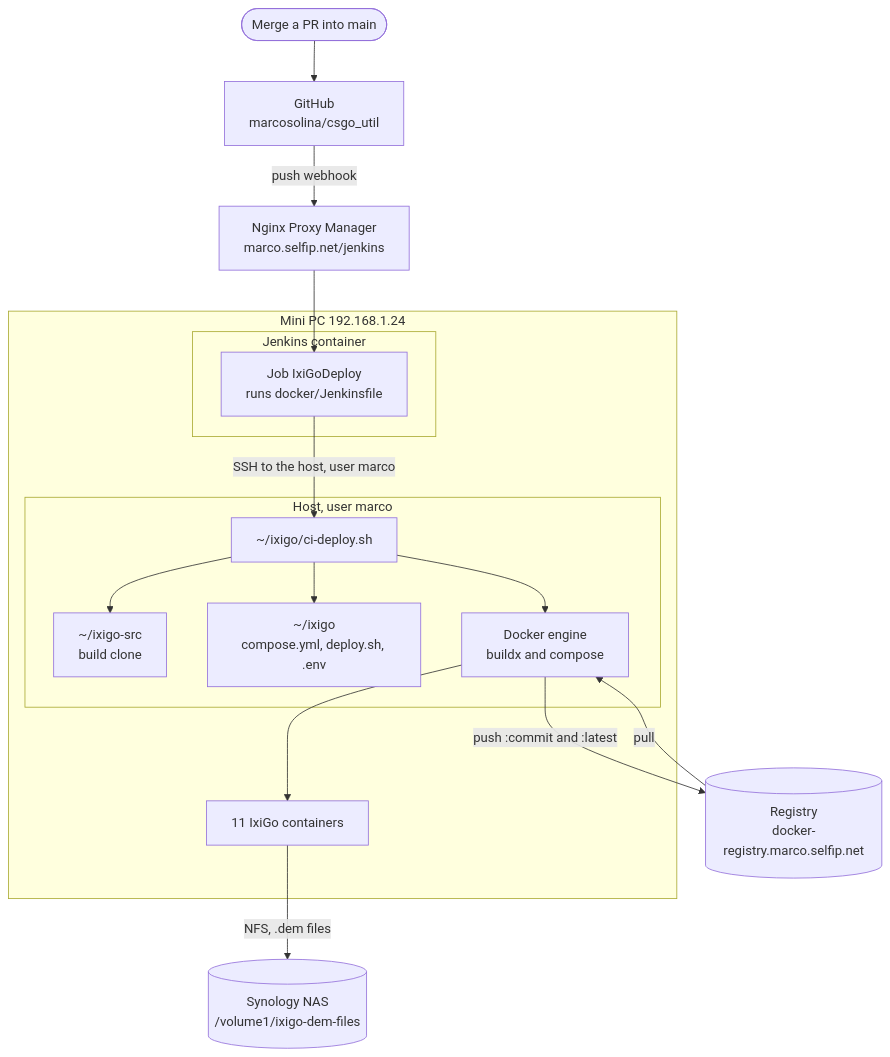
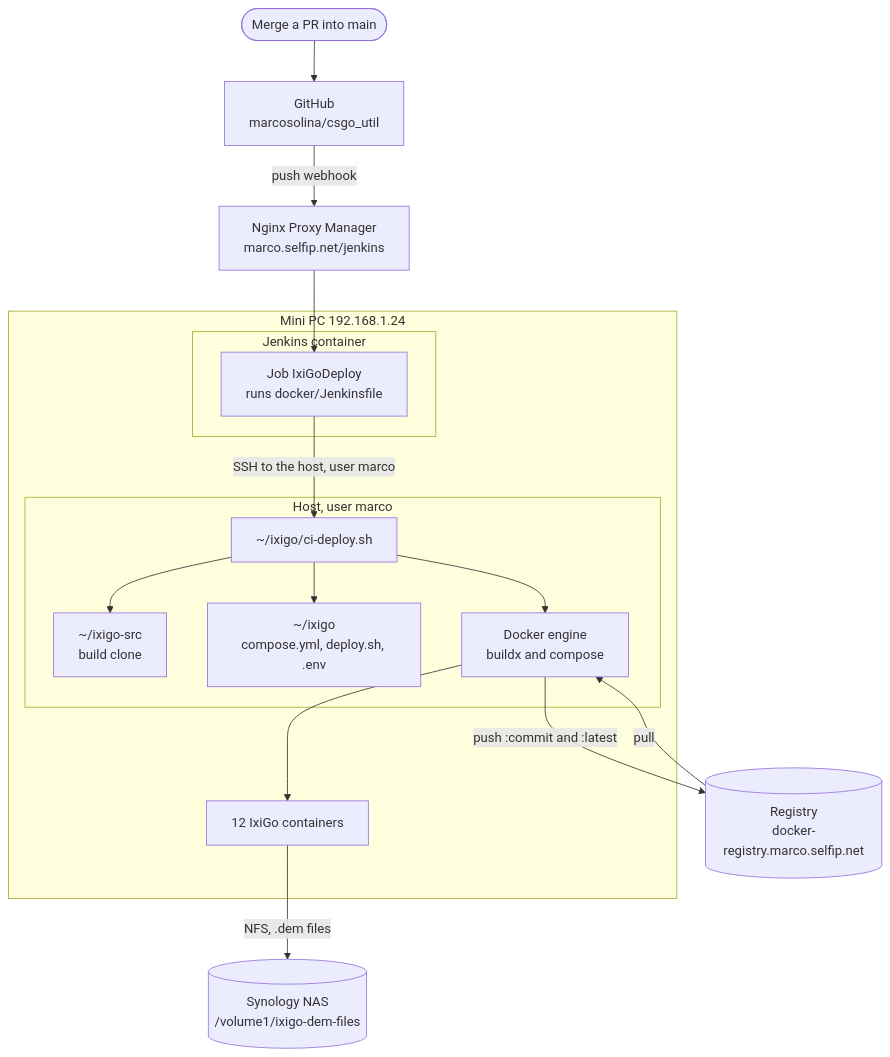
Before and after one commit to marcosolina/csgo_util: the first of 3 diagrams in docs/jenkins-pipeline.md, drawn with Mermaid. The commit also changed other lines of this file and 2 other files, not shown here.

````diff
--- a/docs/jenkins-pipeline.md
+++ b/docs/jenkins-pipeline.md
@@ -7,28 +7,28 @@
 ```mermaid
 flowchart TB
     merge(["Merge a PR into main"]) --> gh["GitHub<br/>marcosolina/csgo_util"]
     gh -- "push webhook" --> npm["Nginx Proxy Manager<br/>marco.selfip.net/jenkins"]
     npm --> job
 
     subgraph minipc["Mini PC 192.168.1.24"]
         subgraph jc["Jenkins container"]
             job["Job IxiGoDeploy<br/>runs docker/Jenkinsfile"]
         end
         subgraph host["Host, user marco"]
             ci["~/ixigo/ci-deploy.sh"]
             src["~/ixigo-src<br/>build clone"]
             deploydir["~/ixigo<br/>compose.yml, deploy.sh, .env"]
             engine["Docker engine<br/>buildx and compose"]
         end
-        stack["11 IxiGo containers"]
+        stack["12 IxiGo containers"]
     end
 
     job -- "SSH to the host, user marco" --> ci
     ci --> src
     ci --> deploydir
     ci --> engine
     engine -- "push :commit and :latest" --> reg[("Registry<br/>docker-registry.marco.selfip.net")]
     reg -- "pull" --> engine
     engine --> stack
     stack -- "NFS, .dem files" --> nas[("Synology NAS<br/>/volume1/ixigo-dem-files")]
 ```
````
